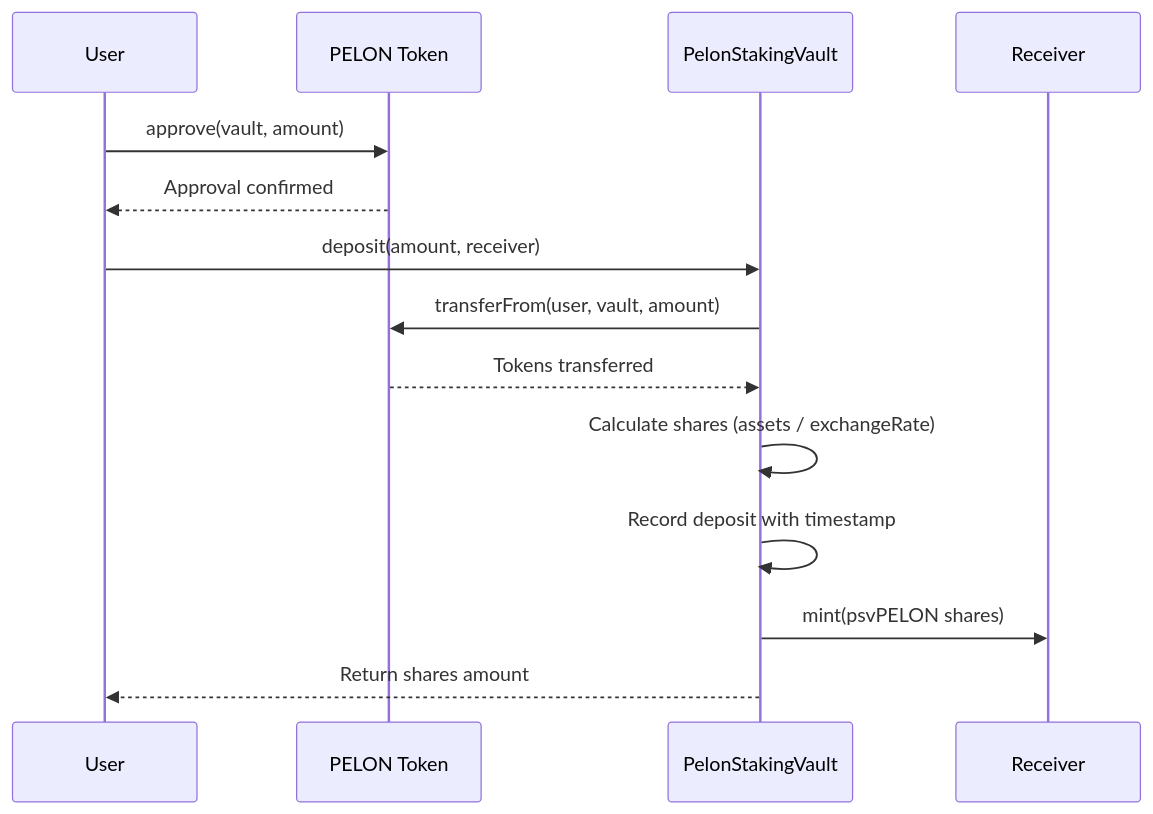
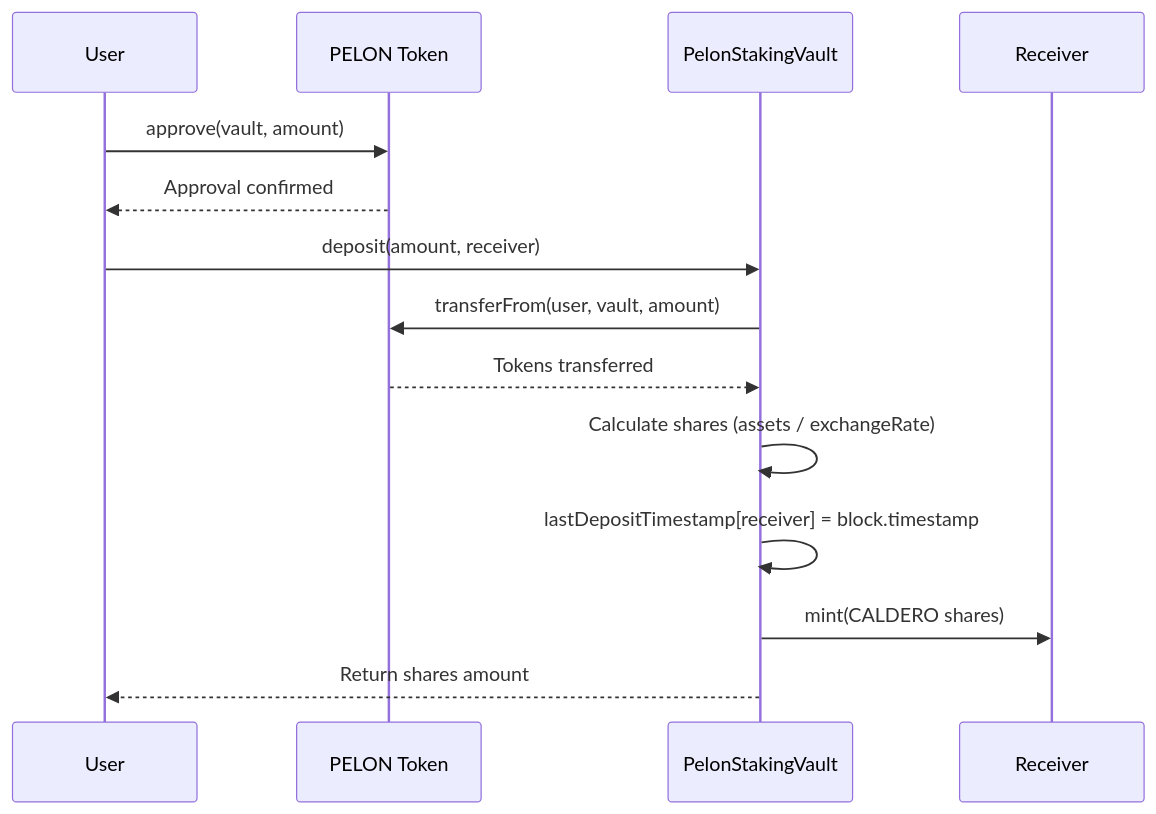
The first of 5 diagrams in docs/en/staking-vault-user-guide.md (PelonClub/PelonClub-BaseNetwork-Monorepo), drawn with Mermaid before and after one commit. The commit also changed other lines of this file and 9 other files, not shown here.

````diff
--- a/docs/en/staking-vault-user-guide.md
+++ b/docs/en/staking-vault-user-guide.md
@@ -50,17 +48,17 @@
 ```mermaid
 sequenceDiagram
     participant User
     participant PELON as PELON Token
     participant Vault as PelonStakingVault
     participant Receiver
 
     User->>PELON: approve(vault, amount)
     PELON-->>User: Approval confirmed
     User->>Vault: deposit(amount, receiver)
     Vault->>PELON: transferFrom(user, vault, amount)
     PELON-->>Vault: Tokens transferred
     Vault->>Vault: Calculate shares (assets / exchangeRate)
-    Vault->>Vault: Record deposit with timestamp
-    Vault->>Receiver: mint(psvPELON shares)
+    Vault->>Vault: lastDepositTimestamp[receiver] = block.timestamp
+    Vault->>Receiver: mint(CALDERO shares)
     Vault-->>User: Return shares amount
 ```
````
